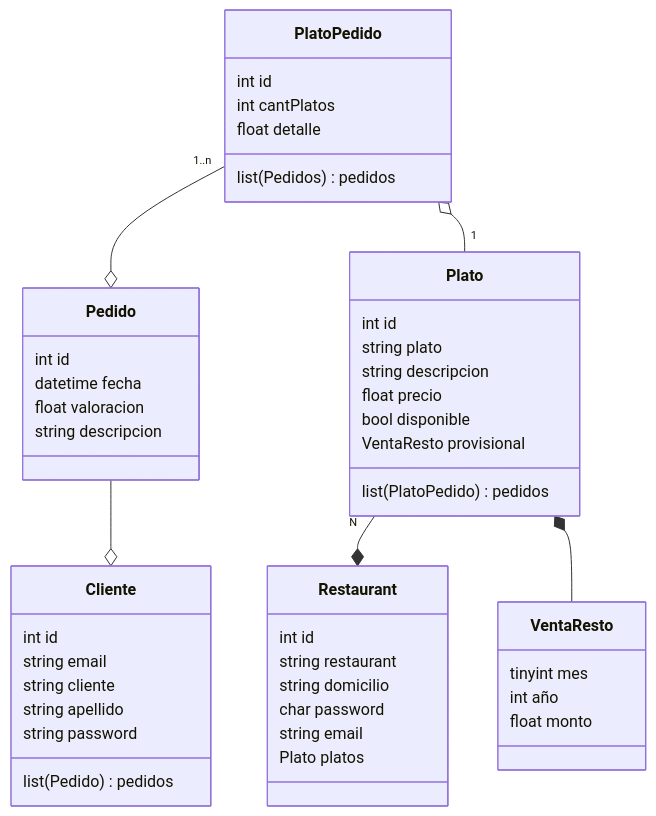
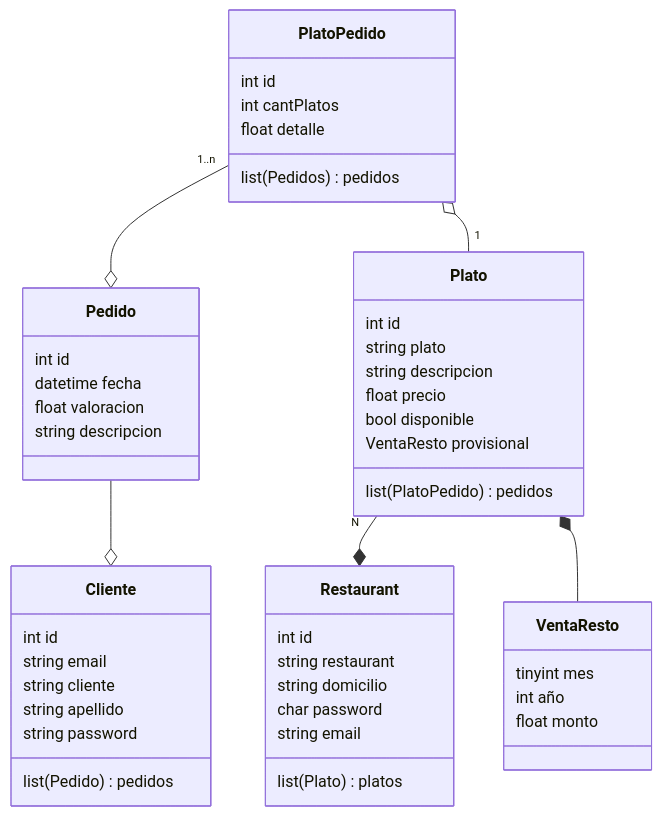
The diagram in doc_C#/README.Md (FranciscoBHF/Rapi_app), drawn with Mermaid before and after one commit.

````diff
--- a/doc_C#/README.Md
+++ b/doc_C#/README.Md
@@ -1,50 +1,50 @@
 ```mermaid
 classDiagram
     class Restaurant {
         int id
         string restaurant
         string domicilio
         char password
         string email 
-        Plato platos
+        list(Plato) platos
     }
     class Plato{
         int id
         string plato
         string descripcion
         float precio
         bool disponible
         VentaResto provisional
         list(PlatoPedido) pedidos
     }
     class Cliente{
         int id
         string email
         string cliente
         string apellido
         string password
         list(Pedido) pedidos
     }
     class Pedido{
         int id
         datetime fecha
         float valoracion
         string descripcion
     }
     class PlatoPedido{
         int id
         int cantPlatos
         float detalle
         list(Pedidos) pedidos
     }
     class VentaResto{
         tinyint mes
         int año
         float monto
     }
     Pedido --o Cliente
     PlatoPedido "1..n" --o Pedido 
     PlatoPedido o-- "1" Plato
     Plato "N" --* Restaurant
     Plato *-- VentaResto
 ```
````
